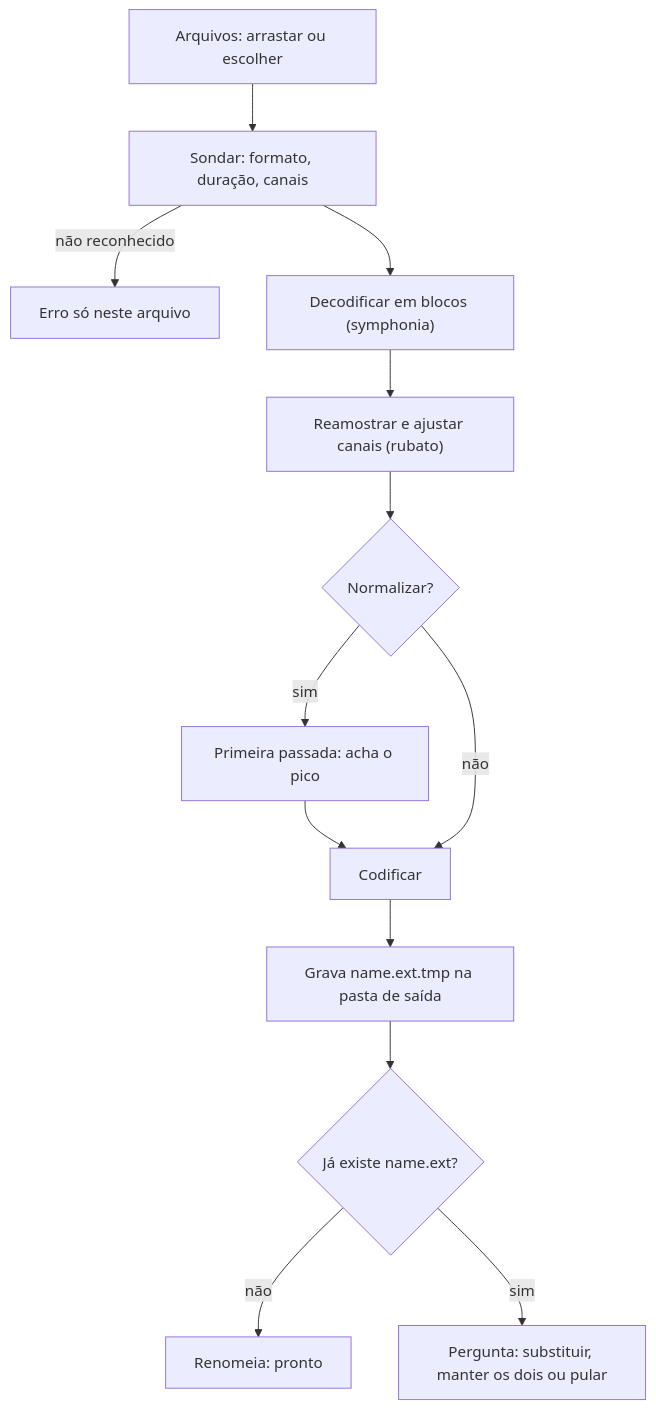
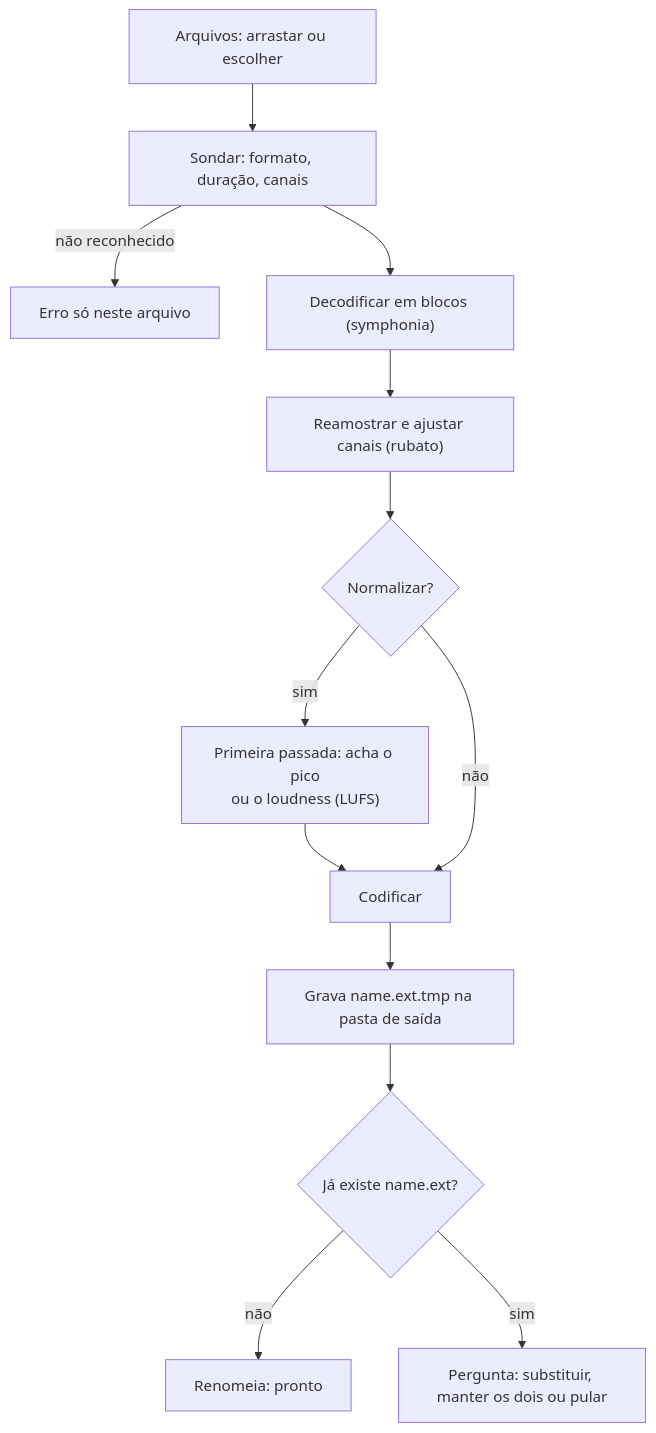
Before and after one commit to TyxMatty/Jay-A: the ninth of 9 diagrams in docs/ARQUITETURA.md, drawn with Mermaid. The commit also changed other lines of this file and 7 other files, not shown here.

````diff
--- a/docs/ARQUITETURA.md
+++ b/docs/ARQUITETURA.md
@@ -277,14 +425,14 @@
 ```mermaid
 flowchart TD
   IN["Arquivos: arrastar ou escolher"] --> P["Sondar: formato, duração, canais"]
   P -- "não reconhecido" --> E1["Erro só neste arquivo"]
   P --> D["Decodificar em blocos (symphonia)"]
   D --> R["Reamostrar e ajustar canais (rubato)"]
   R --> X{"Normalizar?"}
-  X -- sim --> PK["Primeira passada: acha o pico"] --> ENC
+  X -- sim --> PK["Primeira passada: acha o pico<br/>ou o loudness (LUFS)"] --> ENC
   X -- não --> ENC["Codificar"]
   ENC --> TMP["Grava name.ext.tmp na pasta de saída"]
   TMP --> REN{"Já existe name.ext?"}
   REN -- não --> OK["Renomeia: pronto"]
   REN -- sim --> ASK["Pergunta: substituir, manter os dois ou pular"]
 ```
````
